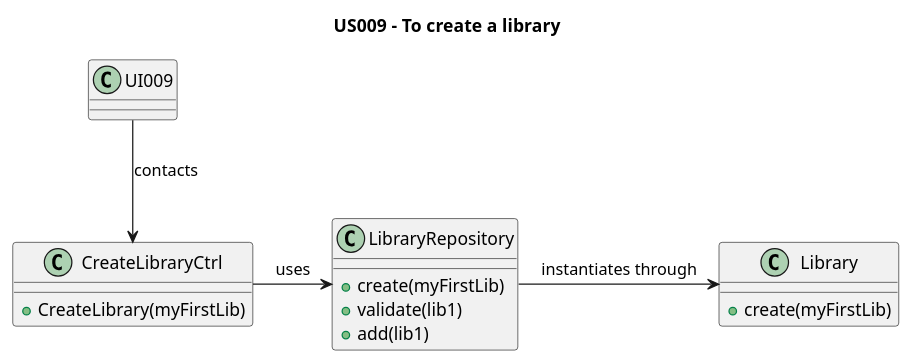
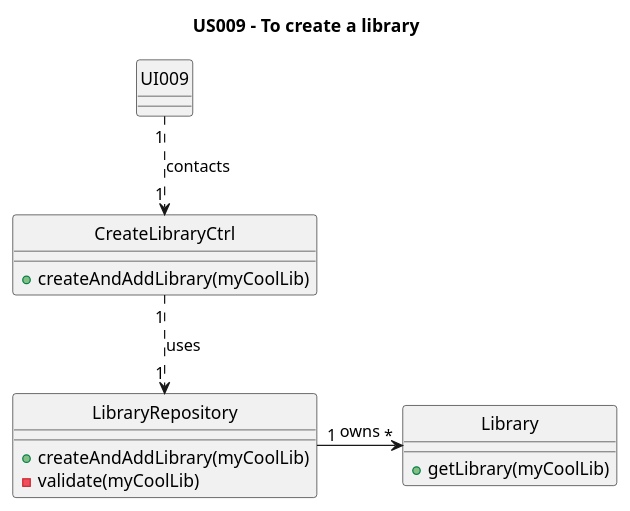
Before and after one commit to AndrePereiraGitH/SWitCH-Project-Team_A: the diagram in Diagrams/ClassDiagrams/US009-to-create-a-library.puml, drawn with PlantUML. The commit also changed 5 other files, not shown here.

```diff
--- a/Diagrams/ClassDiagrams/US009-to-create-a-library.puml
+++ b/Diagrams/ClassDiagrams/US009-to-create-a-library.puml
@@ -1,27 +1,26 @@
 @startuml
 title US009 - To create a library
 
-
+hide circle
 
 class LibraryRepository {
-+create(myFirstLib)
-+validate(lib1)
-+add(lib1)
++createAndAddLibrary(myCoolLib)
+-validate(myCoolLib)
 }
 
 class Library {
-+create(myFirstLib)
++getLibrary(myCoolLib)
 }
 
 class CreateLibraryCtrl {
-+CreateLibrary(myFirstLib)
++createAndAddLibrary(myCoolLib)
 }
 
 'interactions
-UI009 --> CreateLibraryCtrl : contacts
-CreateLibraryCtrl -> LibraryRepository : uses
-LibraryRepository -> Library : instantiates through
+UI009 "1" ..> "1" CreateLibraryCtrl : contacts
+CreateLibraryCtrl "1" ..> "1" LibraryRepository : uses
+LibraryRepository "1" -> "*" Library : owns
 
 
 
 @enduml
```
